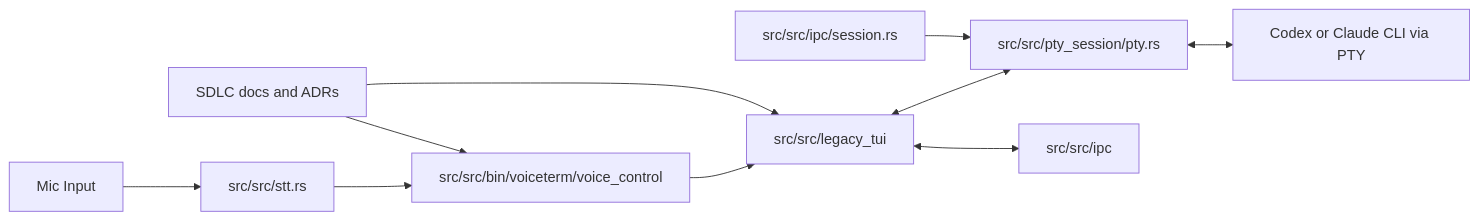
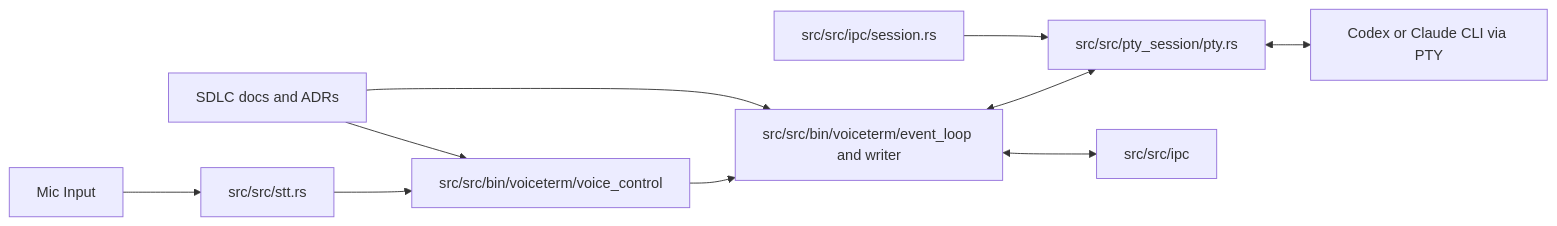
One commit to jguida941/voiceterm changed the first of 5 diagrams in dev/history/ENGINEERING_EVOLUTION.md. Above: the diagram before and after it, drawn with Mermaid. The commit also changed other lines of this file and 46 other files, not shown here.

````diff
--- a/dev/history/ENGINEERING_EVOLUTION.md
+++ b/dev/history/ENGINEERING_EVOLUTION.md
@@ -172,12 +172,12 @@
 ```mermaid
 flowchart LR
   MIC[Mic Input] --> STT[src/src/stt.rs]
   STT --> VOICE[src/src/bin/voiceterm/voice_control]
-  VOICE --> HUD[src/src/legacy_tui]
+  VOICE --> HUD[src/src/bin/voiceterm/event_loop and writer]
   HUD <--> PTY[src/src/pty_session/pty.rs]
   PTY <--> CLI[Codex or Claude CLI via PTY]
   HUD <--> IPC[src/src/ipc]
   IPCS[src/src/ipc/session.rs] --> PTY
   DOCS[SDLC docs and ADRs] --> HUD
   DOCS --> VOICE
 ```
````
